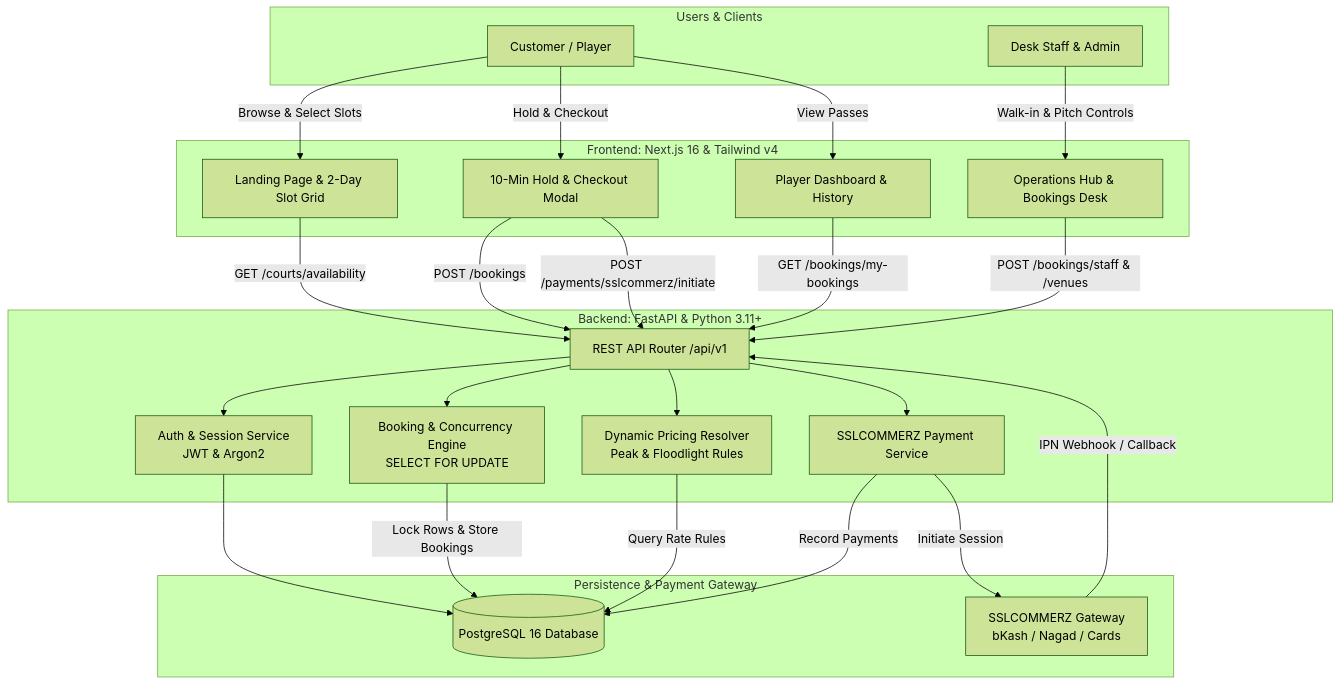
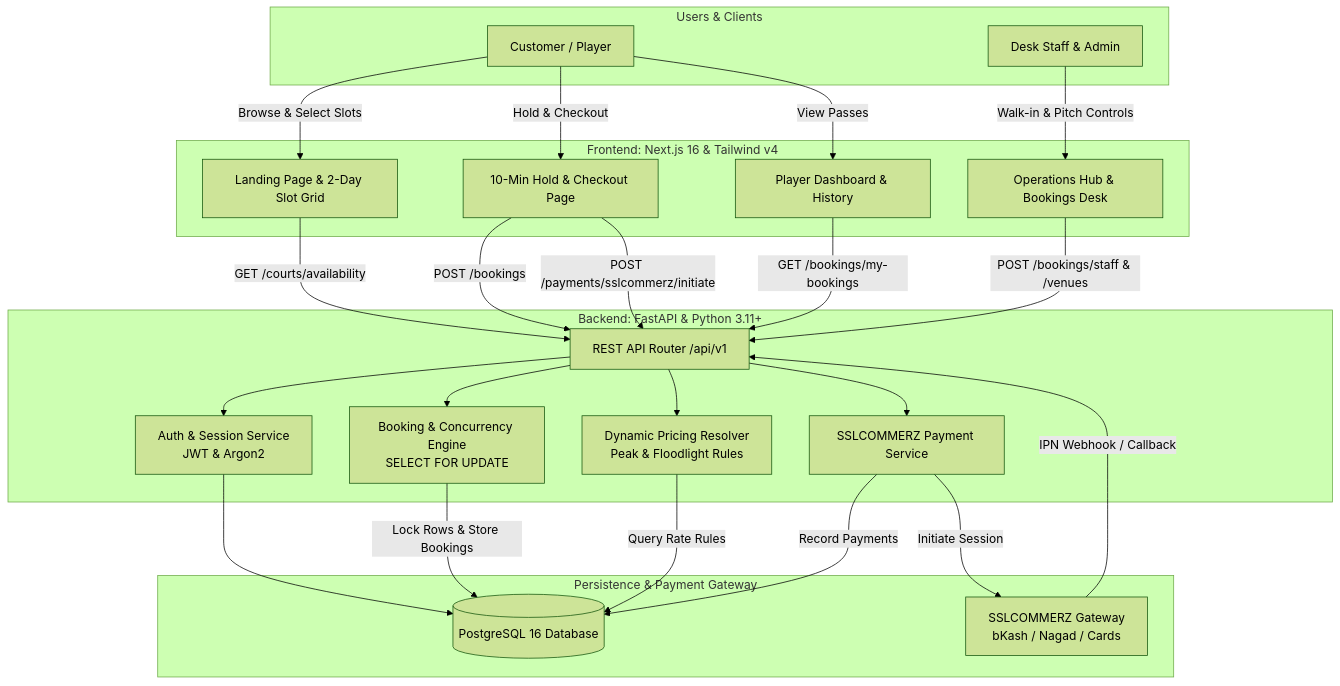
The diagram in README.md (CUET-Synesis-IT/turfmate), drawn with Mermaid (forest theme) before and after one commit. The commit also changed other lines of this file and 7 other files, not shown here.

````diff
--- a/README.md
+++ b/README.md
@@ -26,56 +26,56 @@
 ```mermaid
 flowchart TD
     subgraph Users [Users & Clients]
         Customer[Customer / Player]
         Staff[Desk Staff & Admin]
     end
 
     subgraph Frontend [Frontend: Next.js 16 & Tailwind v4]
         Landing[Landing Page & 2-Day Slot Grid]
-        HoldModal[10-Min Hold & Checkout Modal]
+        CheckoutPage[10-Min Hold & Checkout Page]
         PlayerDash[Player Dashboard & History]
         AdminDesk[Operations Hub & Bookings Desk]
     end
 
     subgraph Backend [Backend: FastAPI & Python 3.11+]
         APIRouter[REST API Router /api/v1]
         AuthSvc[Auth & Session Service<br/>JWT & Argon2]
         BookSvc[Booking & Concurrency Engine<br/>SELECT FOR UPDATE]
         PriceSvc[Dynamic Pricing Resolver<br/>Peak & Floodlight Rules]
         PaySvc[SSLCOMMERZ Payment Service]
     end
 
     subgraph Storage [Persistence & Payment Gateway]
         Postgres[(PostgreSQL 16 Database)]
         SSLCommerz[SSLCOMMERZ Gateway<br/>bKash / Nagad / Cards]
     end
 
     %% User Interactions
     Customer -->|Browse & Select Slots| Landing
-    Customer -->|Hold & Checkout| HoldModal
+    Customer -->|Hold & Checkout| CheckoutPage
     Customer -->|View Passes| PlayerDash
     Staff -->|Walk-in & Pitch Controls| AdminDesk
 
     %% Frontend to Backend API Calls
     Landing -->|GET /courts/availability| APIRouter
-    HoldModal -->|POST /bookings| APIRouter
-    HoldModal -->|POST /payments/sslcommerz/initiate| APIRouter
+    CheckoutPage -->|POST /bookings| APIRouter
+    CheckoutPage -->|POST /payments/sslcommerz/initiate| APIRouter
     PlayerDash -->|GET /bookings/my-bookings| APIRouter
     AdminDesk -->|POST /bookings/staff & /venues| APIRouter
 
     %% Backend Router to Internal Services
     APIRouter --> AuthSvc
     APIRouter --> BookSvc
     APIRouter --> PriceSvc
     APIRouter --> PaySvc
 
     %% Services to Database
     AuthSvc --> Postgres
     BookSvc -->|Lock Rows & Store Bookings| Postgres
     PriceSvc -->|Query Rate Rules| Postgres
     PaySvc -->|Record Payments| Postgres
 
     %% SSLCOMMERZ Payment Gateway Flow
     PaySvc -->|Initiate Session| SSLCommerz
     SSLCommerz -->|IPN Webhook / Callback| APIRouter
 ```
````
